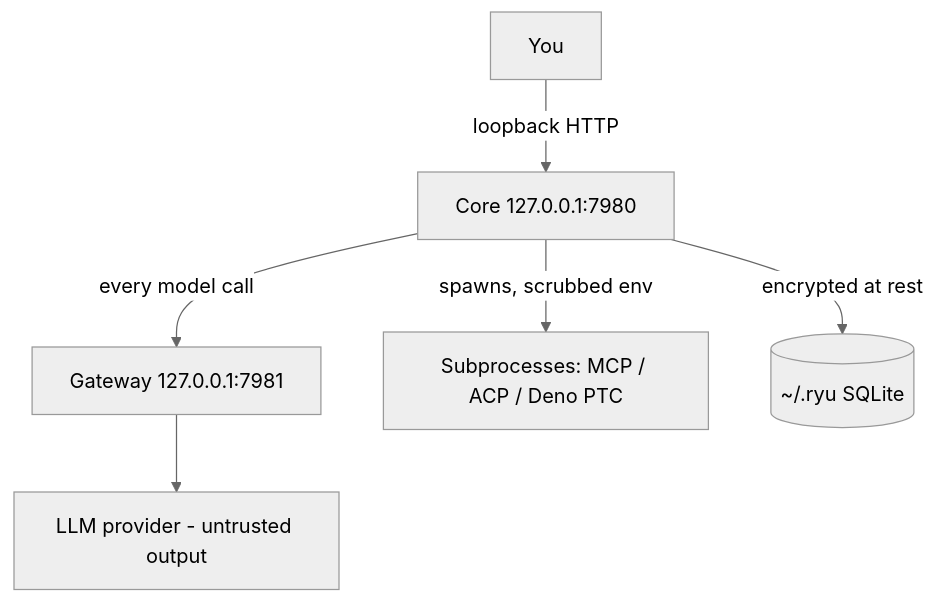
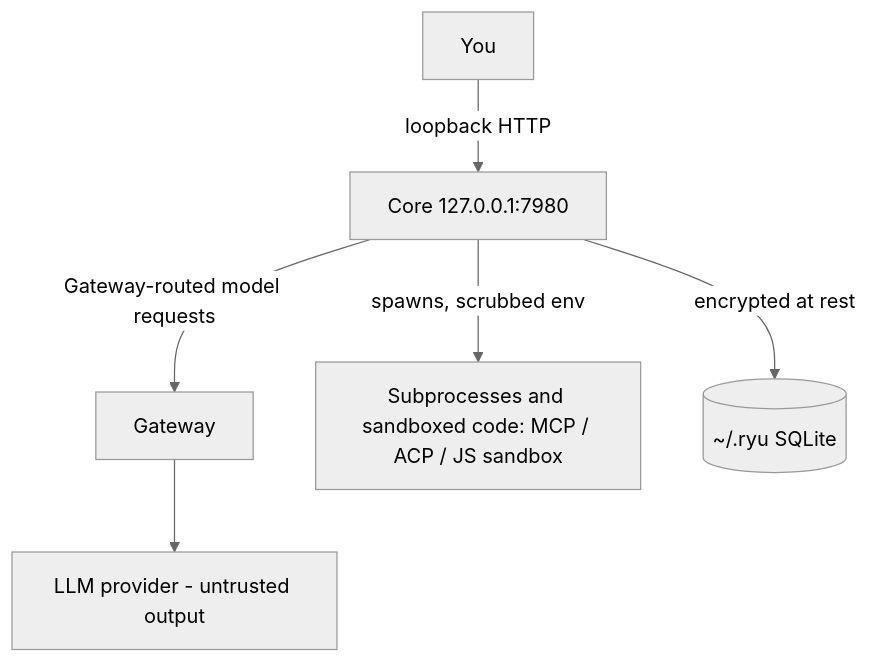
One commit to amajorai/ryu-docs changed the diagram in content/docs/security/trust-model.mdx. Above: the diagram before and after it, drawn with Mermaid (neutral theme). The commit also changed other lines of this file and 2538 other files, not shown here.

````diff
--- a/content/docs/security/trust-model.mdx
+++ b/content/docs/security/trust-model.mdx
@@ -10,8 +10,8 @@
 ```mermaid
 flowchart TD
   User[You] -->|loopback HTTP| Core[Core 127.0.0.1:7980]
-  Core -->|every model call| Gateway[Gateway 127.0.0.1:7981]
+  Core -->|Gateway-routed model requests| Gateway[Gateway]
   Gateway --> LLM[LLM provider - untrusted output]
-  Core -->|spawns, scrubbed env| Sub[Subprocesses: MCP / ACP / Deno PTC]
+  Core -->|spawns, scrubbed env| Sub[Subprocesses and sandboxed code: MCP / ACP / JS sandbox]
   Core -->|encrypted at rest| Disk[(~/.ryu SQLite)]
 ```
````
